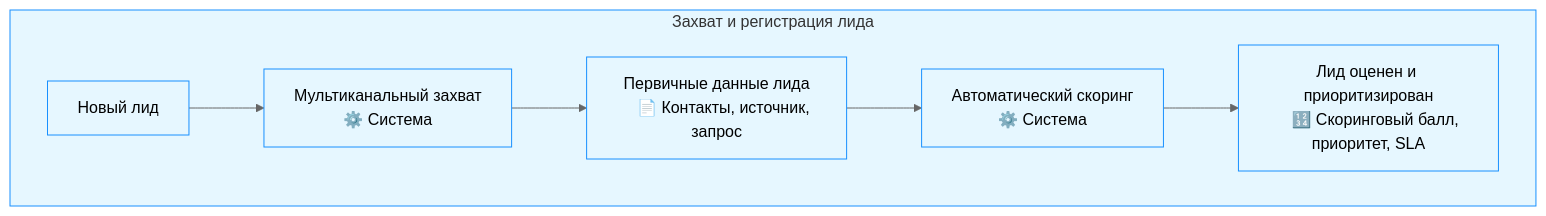
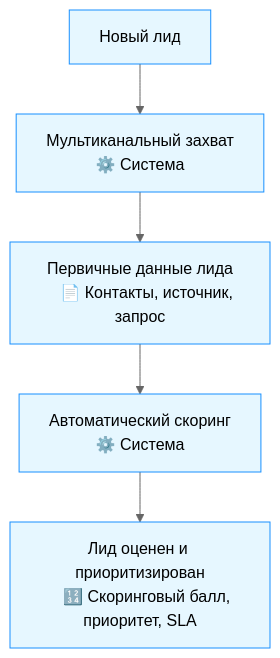
Before and after one commit to electronic777/Trust-PF-Docs: the second of 5 diagrams in README.md, drawn with Mermaid. The commit also changed other lines of this file, not shown here.

````diff
--- a/README.md
+++ b/README.md
@@ -208,37 +208,32 @@
 ```mermaid
 %%{init: {
   'theme': 'neutral',
   'themeVariables': {
     'primaryColor': '#f4f4f4',
     'primaryTextColor': '#333',
     'primaryBorderColor': '#ddd',
     'lineColor': '#666',
     'secondaryColor': '#f0f7ff',
     'tertiaryColor': '#fff'
   }
 }}%%
 flowchart TD
- subgraph capture["Захват и регистрация лида"]
     newLead["Новый лид"] --> multiChannel["Мультиканальный захват
     ⚙️ Система"]
     
     multiChannel --> initialData["Первичные данные лида
     📄 Контакты, источник, запрос"]
     
     initialData --> autoScoring["Автоматический скоринг
     ⚙️ Система"]
     
     autoScoring --> leadScore["Лид оценен и приоритизирован
     🔢 Скоринговый балл, приоритет, SLA"]
- end
  
- %% Стили для блоков
- style capture fill:#e6f7ff,stroke:#1890ff,stroke-width:1px
- 
- %% Стили для элементов
- style newLead fill:#e6f7ff,stroke:#1890ff,stroke-width:1px
- style multiChannel fill:#e6f7ff,stroke:#1890ff,stroke-width:1px
- style initialData fill:#e6f7ff,stroke:#1890ff,stroke-width:1px
- style autoScoring fill:#e6f7ff,stroke:#1890ff,stroke-width:1px
- style leadScore fill:#e6f7ff,stroke:#1890ff,stroke-width:1px
+    %% Стили для элементов
+    style newLead fill:#e6f7ff,stroke:#1890ff,stroke-width:1px
+    style multiChannel fill:#e6f7ff,stroke:#1890ff,stroke-width:1px
+    style initialData fill:#e6f7ff,stroke:#1890ff,stroke-width:1px
+    style autoScoring fill:#e6f7ff,stroke:#1890ff,stroke-width:1px
+    style leadScore fill:#e6f7ff,stroke:#1890ff,stroke-width:1px
 ```
````
